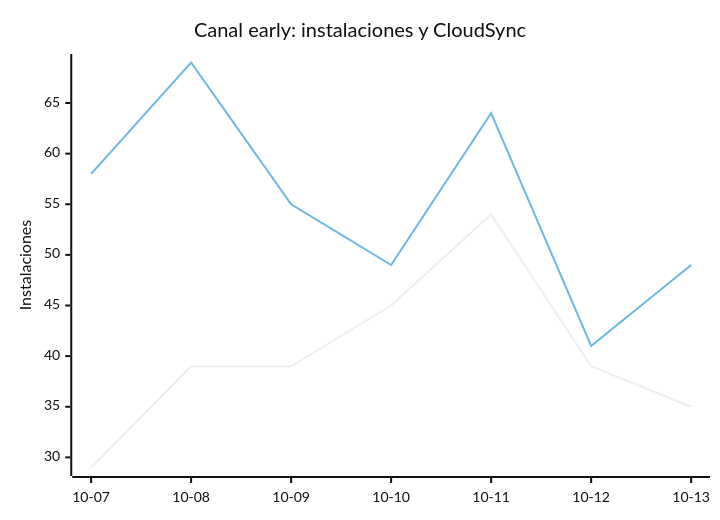
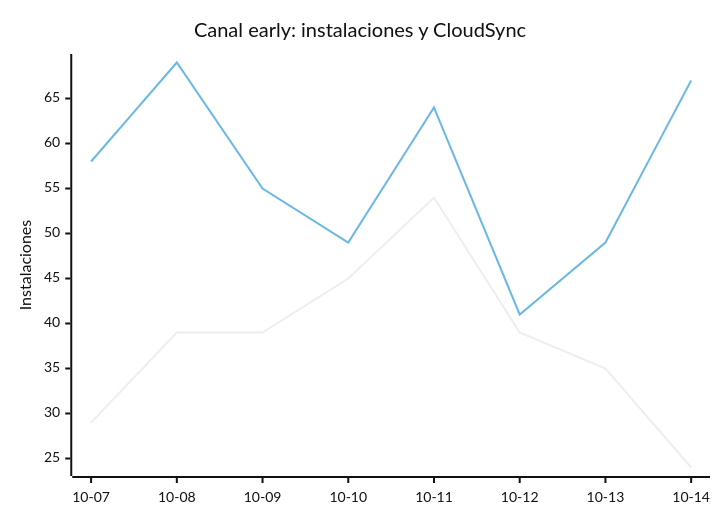
The eighth of 8 diagrams in README.md (EmuDeck/stats), drawn with Mermaid (neutral theme) before and after one commit. The commit also changed other lines of this file and 2 other files, not shown here.

````diff
--- a/README.md
+++ b/README.md
@@ -102,8 +102,8 @@
 ```mermaid
 xychart-beta
     title "Canal early: instalaciones y CloudSync"
-    x-axis ["10-07", "10-08", "10-09", "10-10", "10-11", "10-12", "10-13"]
+    x-axis ["10-07", "10-08", "10-09", "10-10", "10-11", "10-12", "10-13", "10-14"]
     y-axis "Instalaciones"
-    line [29, 39, 39, 45, 54, 39, 35]
-    line [58, 69, 55, 49, 64, 41, 49]
+    line [29, 39, 39, 45, 54, 39, 35, 24]
+    line [58, 69, 55, 49, 64, 41, 49, 67]
 ```
````
